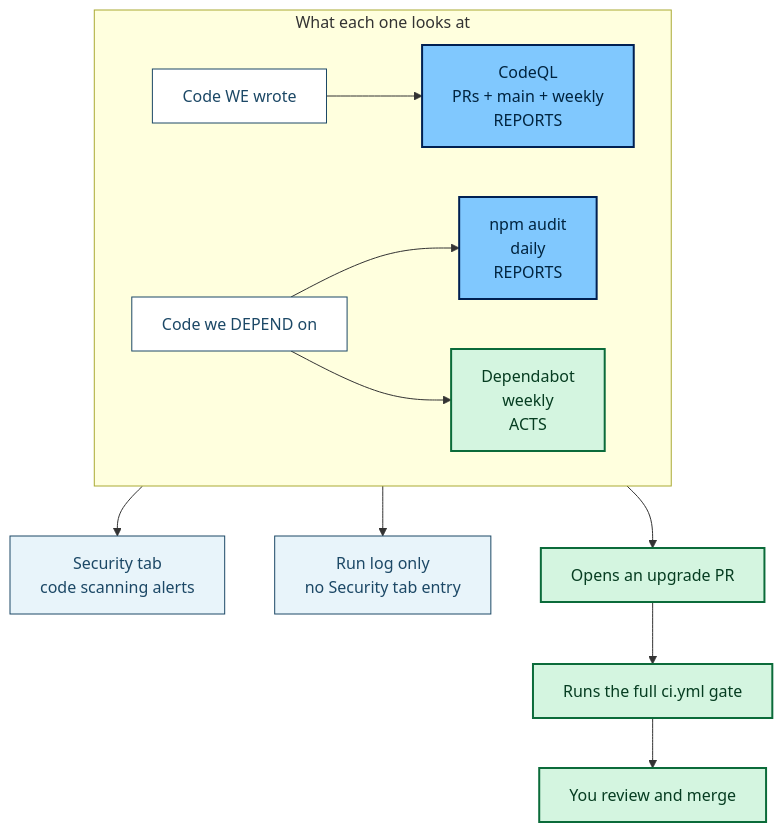
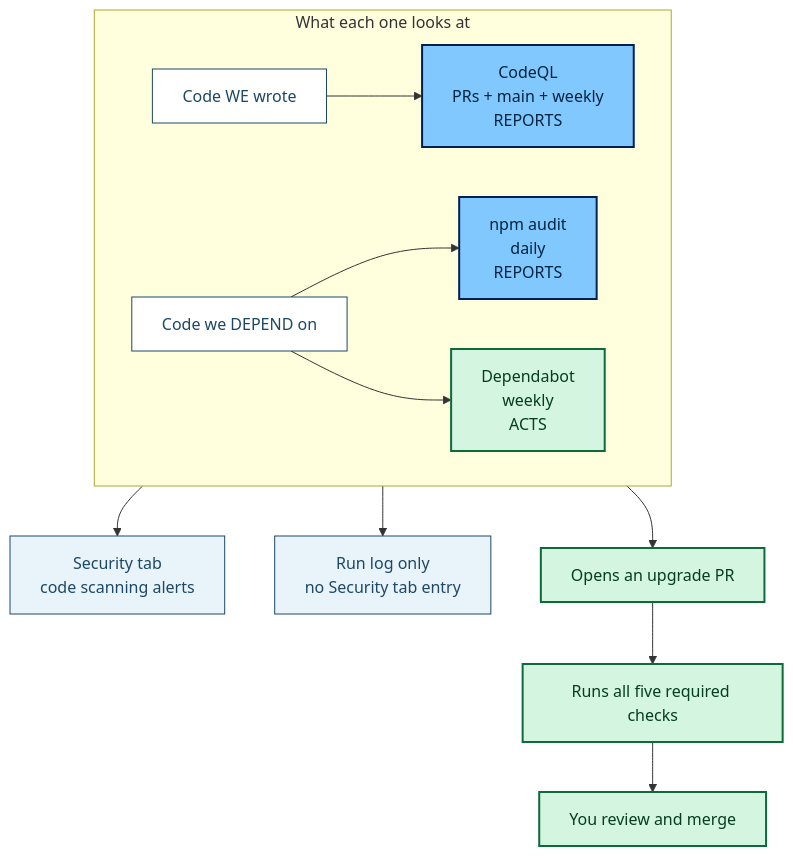
The sixth of 11 diagrams in docs/ci-map.md (acmpsu/acm-website), drawn with Mermaid before and after one commit. The commit also changed other lines of this file and 2 other files, not shown here.

````diff
--- a/docs/ci-map.md
+++ b/docs/ci-map.md
@@ -218,25 +189,25 @@
 ```mermaid
 flowchart TB
     subgraph WHAT["What each one looks at"]
         direction LR
         O["Code WE wrote"] --> QL["CodeQL<br/>PRs + main + weekly<br/>REPORTS"]
         D1["Code we DEPEND on"] --> AUD["npm audit<br/>daily<br/>REPORTS"]
         D1 --> DB["Dependabot<br/>weekly<br/>ACTS"]
     end
 
     QL --> TAB["Security tab<br/>code scanning alerts"]
     AUD --> LOG["Run log only<br/>no Security tab entry"]
     DB --> PR["Opens an upgrade PR"]
-    PR --> CI["Runs the full ci.yml gate"]
+    PR --> CI["Runs all five required checks"]
     CI --> REV["You review and merge"]
 
     classDef src fill:#ffffff,stroke:#1c4866,stroke-width:1px,color:#1c4866
     classDef tool fill:#80c8fe,stroke:#002052,stroke-width:2px,color:#00243f
     classDef act fill:#d4f5e0,stroke:#0b6b3a,stroke-width:2px,color:#063d21
     classDef info fill:#e8f4fa,stroke:#1c4866,stroke-width:1px,color:#1c4866
     class O,D1 src
     class QL,AUD tool
     class DB act
     class TAB,LOG info
     class PR,CI,REV act
 ```
````
